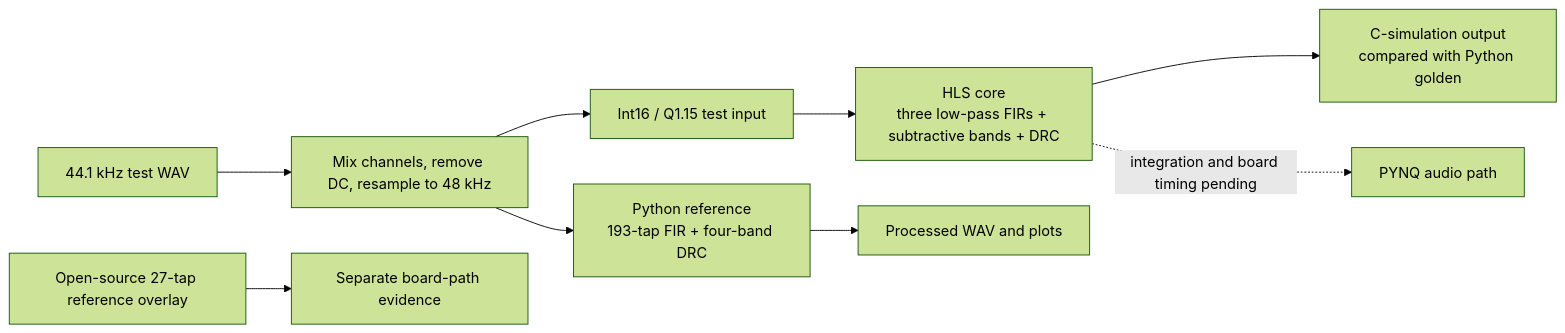
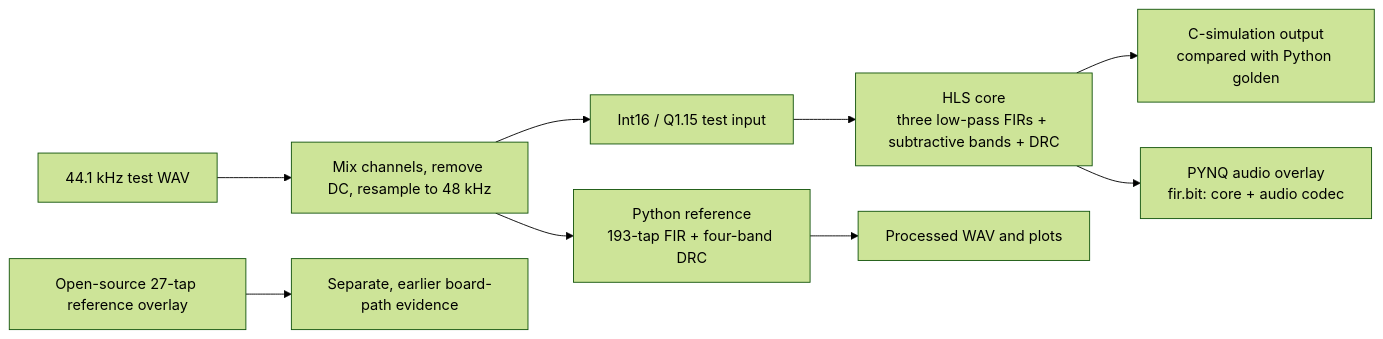
The diagram in report/design_report_draft.md (JR0425/pynq-multiband-audio-accel), drawn with Mermaid (forest theme) before and after one commit. The commit also changed other lines of this file and 13 other files, not shown here.

````diff
--- a/report/design_report_draft.md
+++ b/report/design_report_draft.md
@@ -28,11 +28,11 @@
 ```mermaid
 flowchart LR
     wav[44.1 kHz test WAV] --> prep[Mix channels, remove DC, resample to 48 kHz]
     prep --> py[Python reference<br/>193-tap FIR + four-band DRC]
     prep --> q15[Int16 / Q1.15 test input]
     q15 --> hls[HLS core<br/>three low-pass FIRs + subtractive bands + DRC]
     py --> pyout[Processed WAV and plots]
     hls --> simout[C-simulation output<br/>compared with Python golden]
-    hls -. integration and board timing pending .-> board[PYNQ audio path]
-    ref[Open-source 27-tap reference overlay] --> refboard[Separate board-path evidence]
+    hls --> board[PYNQ audio overlay<br/>fir.bit: core + audio codec]
+    ref[Open-source 27-tap reference overlay] --> refboard[Separate, earlier board-path evidence]
 ```
````
